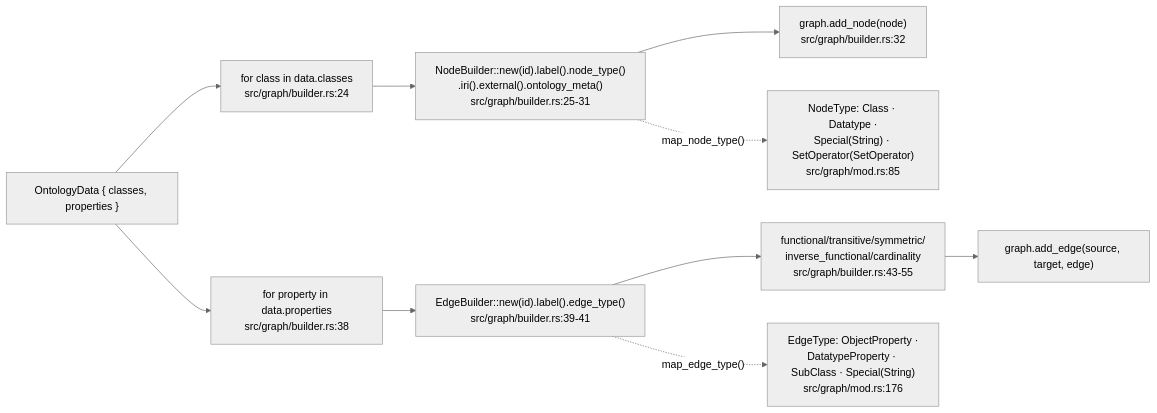
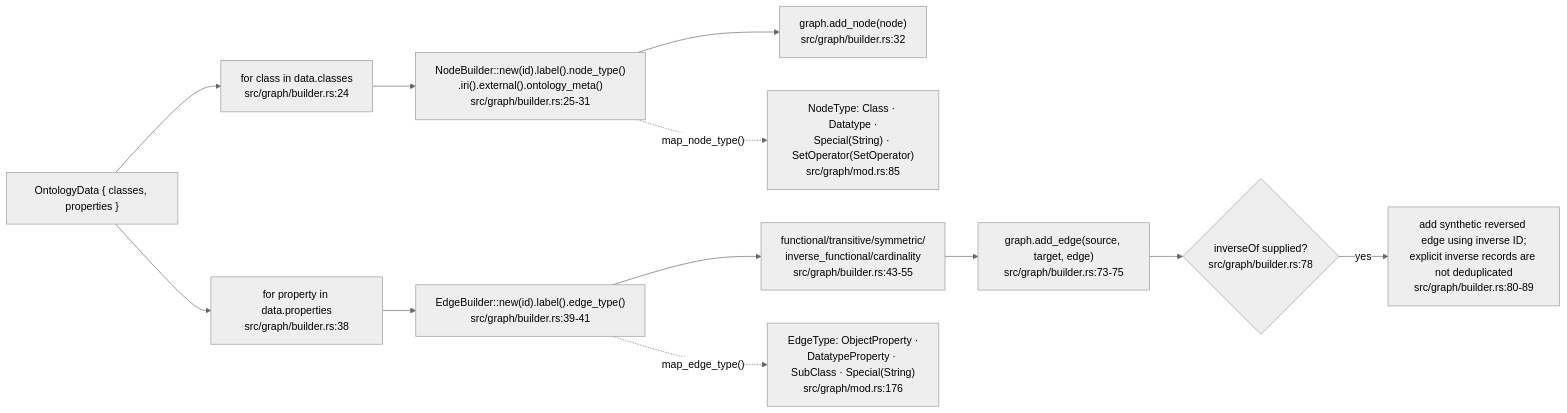
Before and after one commit to DreamLab-AI/VisionFlow: the third of 5 diagrams in docs/diagrams/vowl-wasm/02-owl-parse-to-graph-model.md, drawn with Mermaid (neutral theme). The commit also changed other lines of this file and 35 other files, not shown here.

````diff
--- a/docs/diagrams/vowl-wasm/02-owl-parse-to-graph-model.md
+++ b/docs/diagrams/vowl-wasm/02-owl-parse-to-graph-model.md
@@ -68,12 +68,14 @@
 ```mermaid
 flowchart LR
     OD["OntologyData { classes, properties }"] --> LOOP1["for class in data.classes<br/>src/graph/builder.rs:24"]
     LOOP1 --> NB["NodeBuilder::new(id).label().node_type()<br/>.iri().external().ontology_meta()<br/>src/graph/builder.rs:25-31"]
     NB --> ADDN["graph.add_node(node)<br/>src/graph/builder.rs:32"]
     OD --> LOOP2["for property in data.properties<br/>src/graph/builder.rs:38"]
     LOOP2 --> EB["EdgeBuilder::new(id).label().edge_type()<br/>src/graph/builder.rs:39-41"]
     EB --> CHAR["functional/transitive/symmetric/<br/>inverse_functional/cardinality<br/>src/graph/builder.rs:43-55"]
-    CHAR --> ADDE["graph.add_edge(source, target, edge)"]
+    CHAR --> ADDE["graph.add_edge(source, target, edge)<br/>src/graph/builder.rs:73-75"]
+    ADDE --> INV{"inverseOf supplied?<br/>src/graph/builder.rs:78"}
+    INV -->|yes| EXTRA["add synthetic reversed edge using inverse ID;<br/>explicit inverse records are not deduplicated<br/>src/graph/builder.rs:80-89"]
     NB -.->|"map_node_type()"| NT["NodeType: Class · Datatype ·<br/>Special(String) · SetOperator(SetOperator)<br/>src/graph/mod.rs:85"]
     EB -.->|"map_edge_type()"| ET["EdgeType: ObjectProperty ·<br/>DatatypeProperty · SubClass · Special(String)<br/>src/graph/mod.rs:176"]
 ```
````
